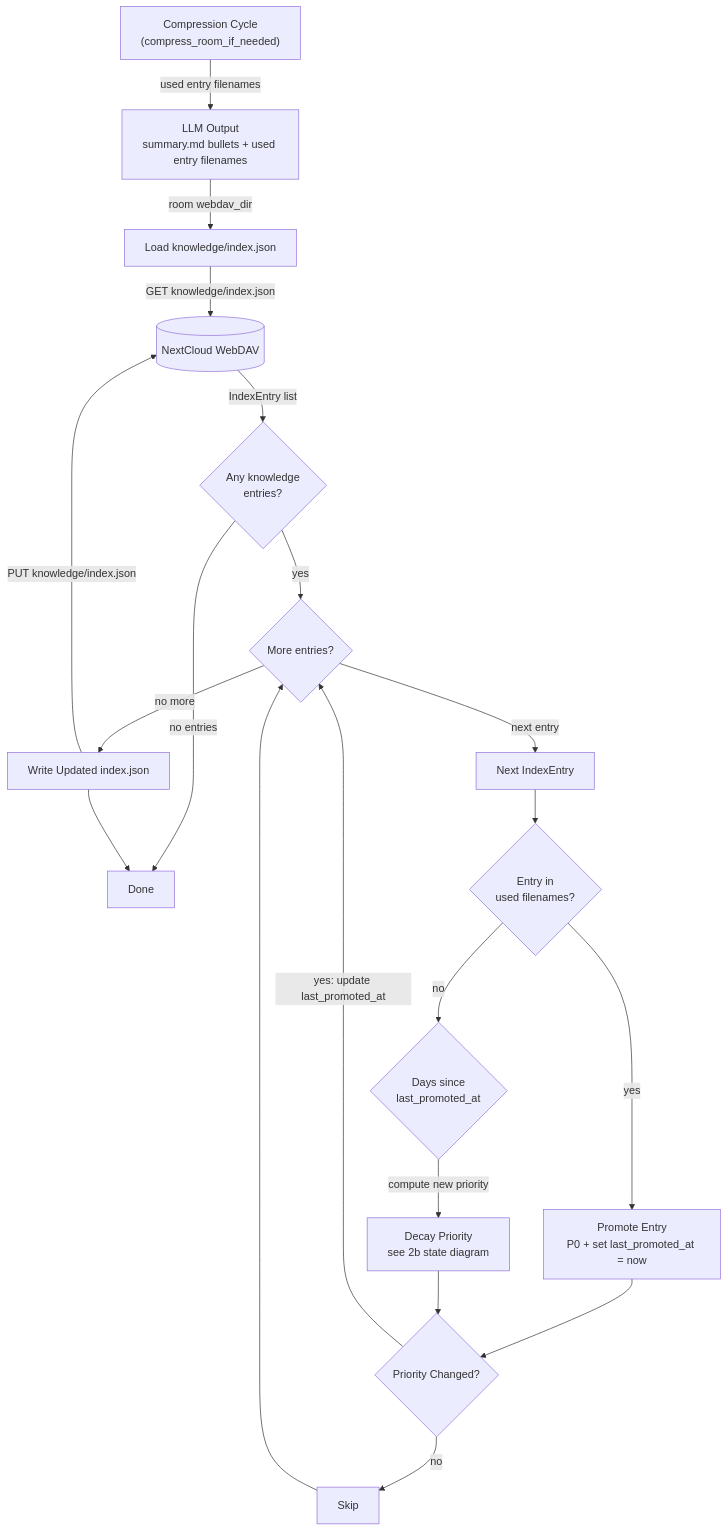
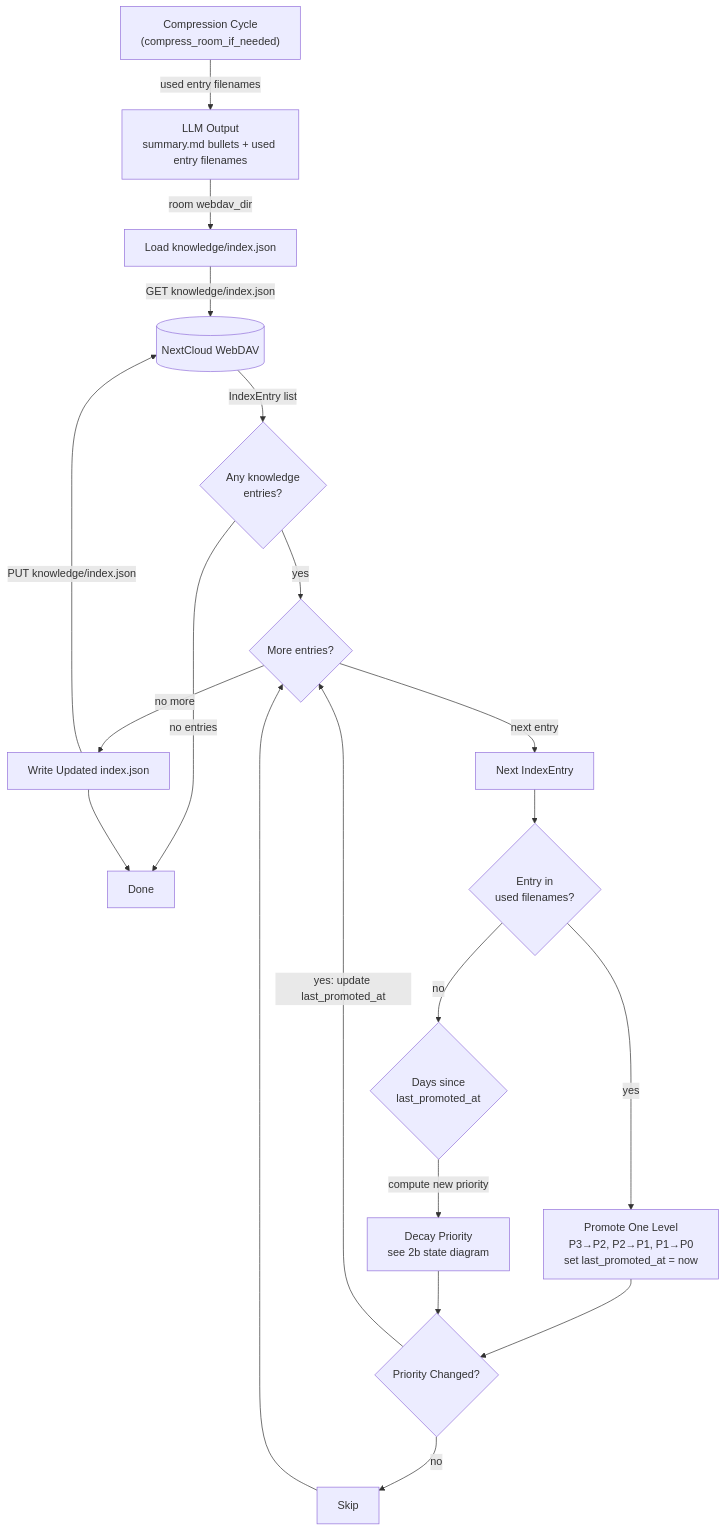
The first of 5 diagrams in _dfds/base/knowledge-priority.md (cosmoswafer/rockbot), drawn with Mermaid before and after one commit. The commit also changed other lines of this file and 2 other files, not shown here.

First line of the commit message:
Refine knowledge promotion: incremental one-step-up per use, P0 earned through consistent daily usage

````diff
--- a/_dfds/base/knowledge-priority.md
+++ b/_dfds/base/knowledge-priority.md
@@ -32,38 +32,38 @@
 ```mermaid
 flowchart TD
     COMPRESS["Compression Cycle<br/>(compress_room_if_needed)"]
     LLM_OUT["LLM Output<br/>summary.md bullets + used entry filenames"]
     DAV[(NextCloud WebDAV)]
     LOAD_IDX["Load knowledge/index.json"]
     EMPTY{Any knowledge<br/>entries?}
     DONE[Done]
     TICK{More entries?}
     NEXT[Next IndexEntry]
     IS_USED{"Entry in<br/>used filenames?"}
-    PROMOTE["Promote Entry<br/>P0 + set last_promoted_at = now"]
+    PROMOTE["Promote One Level<br/>P3→P2, P2→P1, P1→P0<br/>set last_promoted_at = now"]
     CHECK_DAYS{"Days since<br/>last_promoted_at"}
     DECAY["Decay Priority<br/>see 2b state diagram"]
     CHANGED{Priority Changed?}
     WRITE_IDX["Write Updated index.json"]
     SKIP[Skip]
 
     COMPRESS -->|"used entry filenames"| LLM_OUT
     LLM_OUT -->|"room webdav_dir"| LOAD_IDX
     LOAD_IDX -->|"GET knowledge/index.json"| DAV
     DAV -->|"IndexEntry list"| EMPTY
     EMPTY -->|"no entries"| DONE
     EMPTY -->|"yes"| TICK
     TICK -->|"next entry"| NEXT
     TICK -->|"no more"| WRITE_IDX
     NEXT --> IS_USED
     IS_USED -->|"yes"| PROMOTE
     IS_USED -->|"no"| CHECK_DAYS
     PROMOTE --> CHANGED
     CHECK_DAYS -->|"compute new priority"| DECAY
     DECAY --> CHANGED
     CHANGED -->|"yes: update last_promoted_at"| TICK
     CHANGED -->|"no"| SKIP
     SKIP --> TICK
     WRITE_IDX -->|"PUT knowledge/index.json"| DAV
     WRITE_IDX --> DONE
 ```
````
